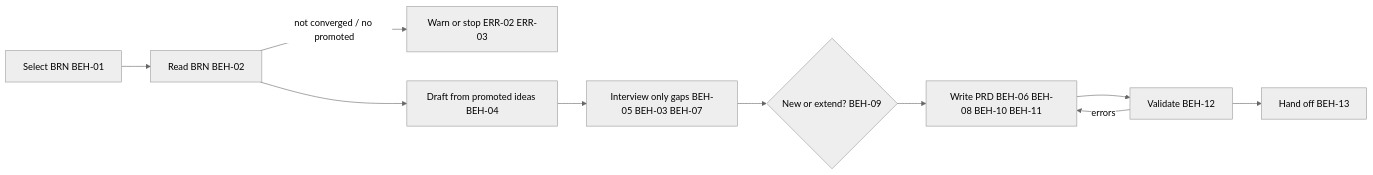
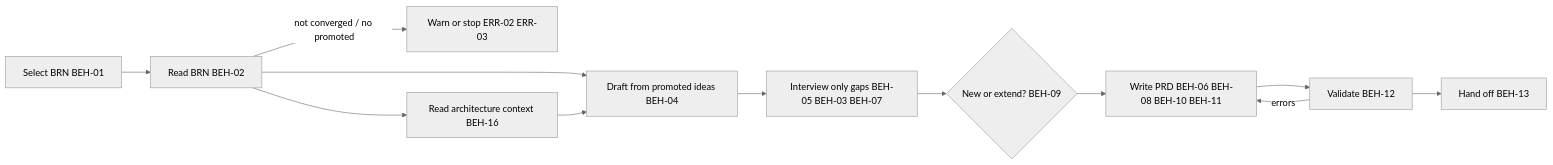
One commit to bankielewicz/DevForgeAI changed the diagram in docs/specs/spec/SPEC-002.md. Above: the diagram before and after it, drawn with Mermaid (neutral theme). The commit also changed other lines of this file and 9 other files, not shown here.

````diff
--- a/docs/specs/spec/SPEC-002.md
+++ b/docs/specs/spec/SPEC-002.md
@@ -81,12 +82,14 @@
 ```mermaid
 flowchart LR
     S[Select BRN BEH-01] --> R[Read BRN BEH-02]
     R -->|not converged / no promoted| X[Warn or stop ERR-02 ERR-03]
     R --> D[Draft from promoted ideas BEH-04]
+    R --> A[Read architecture context BEH-16]
+    A --> D
     D --> Q[Interview only gaps BEH-05 BEH-03 BEH-07]
     Q --> N{New or extend? BEH-09}
     N --> W[Write PRD BEH-06 BEH-08 BEH-10 BEH-11]
     W --> V[Validate BEH-12]
     V -->|errors| W
     V --> H[Hand off BEH-13]
 ```
````
